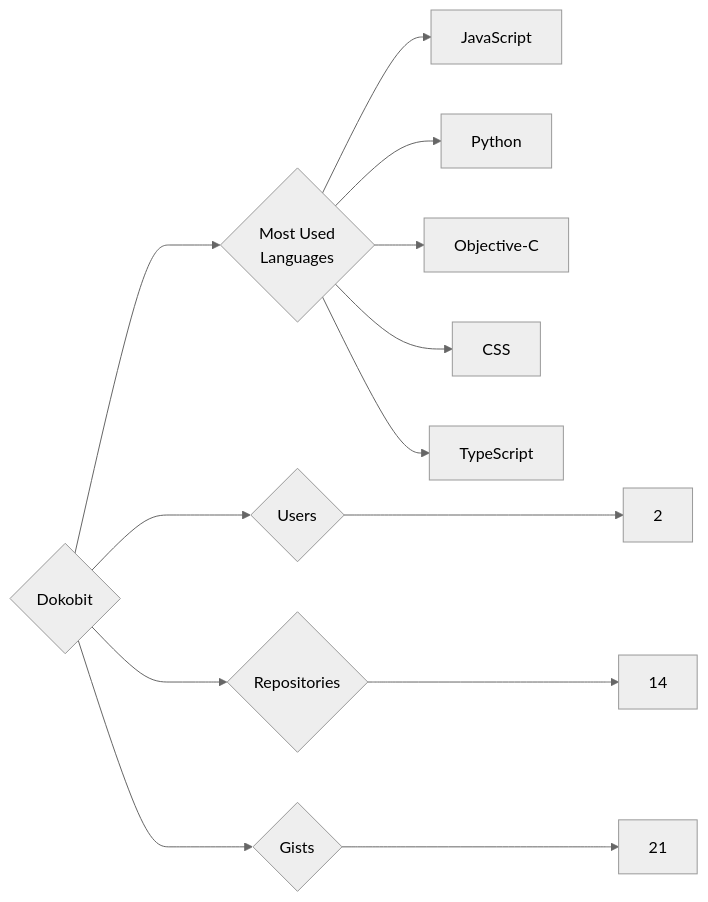
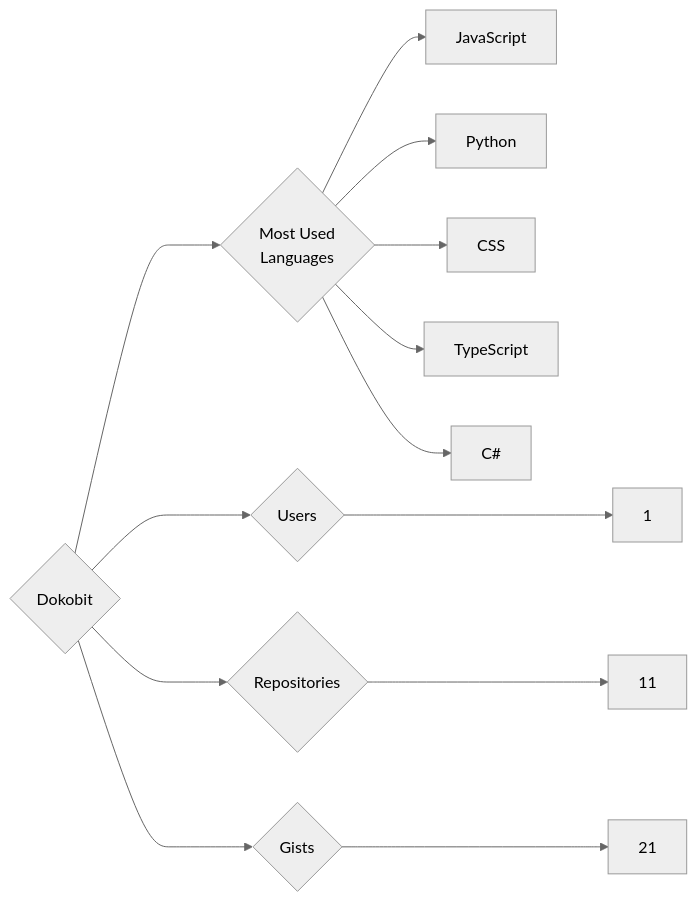
One commit to trickest/insiders changed the diagram in targets/Dokobit/README.md. Above: the diagram before and after it, drawn with Mermaid (neutral theme). The commit also changed 1078 other files, not shown here.

````diff
--- a/targets/Dokobit/README.md
+++ b/targets/Dokobit/README.md
@@ -3,13 +3,13 @@
 ```mermaid
 graph LR
 COMPANY_NAME{Dokobit}
-COMPANY_NAME ---> U{Users} ---> UN[2]
-COMPANY_NAME ---> R{Repositories} ---> RN[14]
+COMPANY_NAME ---> U{Users} ---> UN[1]
+COMPANY_NAME ---> R{Repositories} ---> RN[11]
 COMPANY_NAME ---> G{Gists} ---> GN[21]
 COMPANY_NAME ---> ML{Most Used<br>Languages}
 ML --> JavaScript[JavaScript]
 ML --> Python[Python]
-ML --> Objective-C[Objective-C]
 ML --> CSS[CSS]
 ML --> TypeScript[TypeScript]
+ML --> C#[C#]
 ```
````
